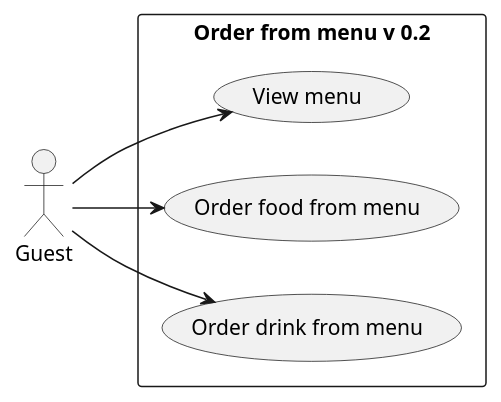
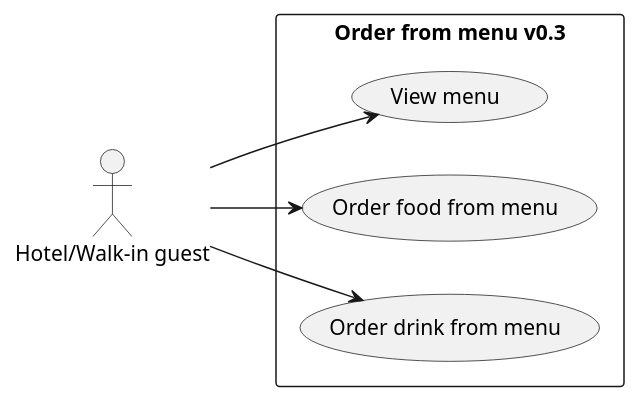
The diagram in src/main/docs/uml/use-case/restaurant/menu.puml (mrjink/molveno), drawn with PlantUML before and after one commit. The commit also changed 7 other files, not shown here.

```diff
--- a/src/main/docs/uml/use-case/restaurant/menu.puml
+++ b/src/main/docs/uml/use-case/restaurant/menu.puml
@@ -1,13 +1,13 @@
 @startuml
 
 left to right direction
 
-actor Guest
+actor "Hotel/Walk-in guest" as Guest
 
-rectangle "Order from menu v 0.2" {
+rectangle "Order from menu v0.3" {
     Guest --> (View menu)
     Guest --> (Order food from menu)
     Guest --> (Order drink from menu)
 }
 
 @enduml
```
